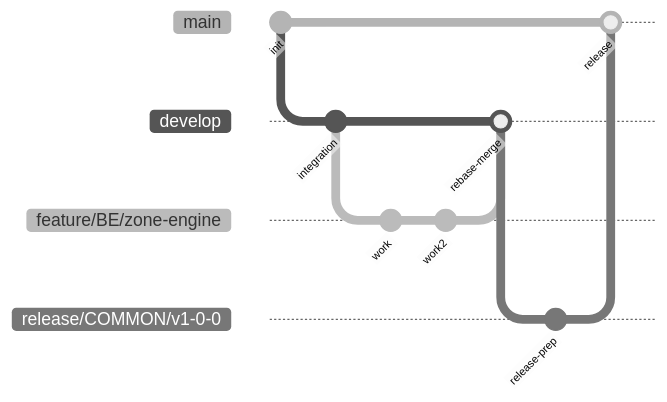
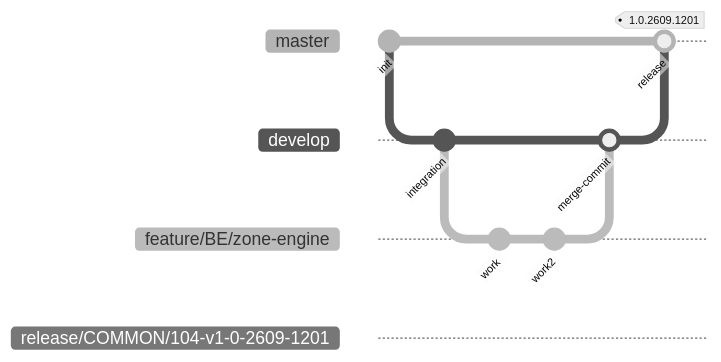
The second of 5 diagrams in README.md (hyunpaper/NqWithAstara), drawn with Mermaid (neutral theme) before and after one commit. The commit also changed other lines of this file, not shown here.

First line of the commit message:
docs(COMMON): 개발 가이드 README를 현행 컨벤션에 맞게 갱신 [claude]

````diff
--- a/README.md
+++ b/README.md
@@ -25,16 +27,16 @@
 ```mermaid
+%%{init: {'gitGraph': {'mainBranchName': 'master'}}}%%
 gitGraph
     commit id: "init"
     branch develop
     checkout develop
     commit id: "integration"
     branch feature/BE/zone-engine
     commit id: "work"
     commit id: "work2"
     checkout develop
-    merge feature/BE/zone-engine id: "rebase-merge"
-    branch release/COMMON/v1-0-0
-    commit id: "release-prep"
-    checkout main
-    merge release/COMMON/v1-0-0 id: "release"
+    merge feature/BE/zone-engine id: "merge-commit"
+    branch release/COMMON/104-v1-0-2609-1201
+    checkout master
+    merge release/COMMON/104-v1-0-2609-1201 id: "release" tag: "1.0.2609.1201"
 ```
````
